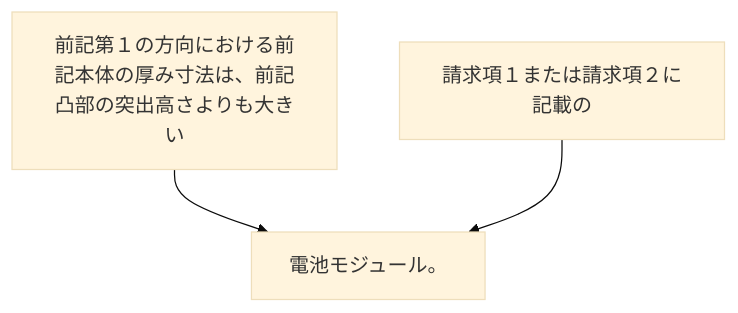
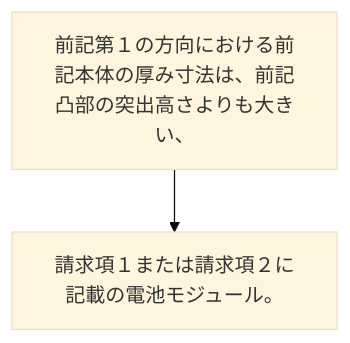
One commit to shinmori55/patent_analyzed changed the diagram in 2024/JP2024039203A/claim_8/README.md. Above: the diagram before and after it, drawn with Mermaid (base theme). The commit also changed 336 other files, not shown here.

````diff
--- a/2024/JP2024039203A/claim_8/README.md
+++ b/2024/JP2024039203A/claim_8/README.md
@@ -2,8 +2,6 @@
 ```mermaid
 flowchart TD
-A[前記第１の方向における前記本体の厚み寸法は、前記凸部の突出高さよりも大きい]
-B[請求項１または請求項２に記載の]
-C[電池モジュール。]
-A --> C
-B --> C
+A[前記第１の方向における前記本体の厚み寸法は、前記凸部の突出高さよりも大きい、]
+B[請求項１または請求項２に記載の電池モジュール。]
+A --> B
 ```
````
